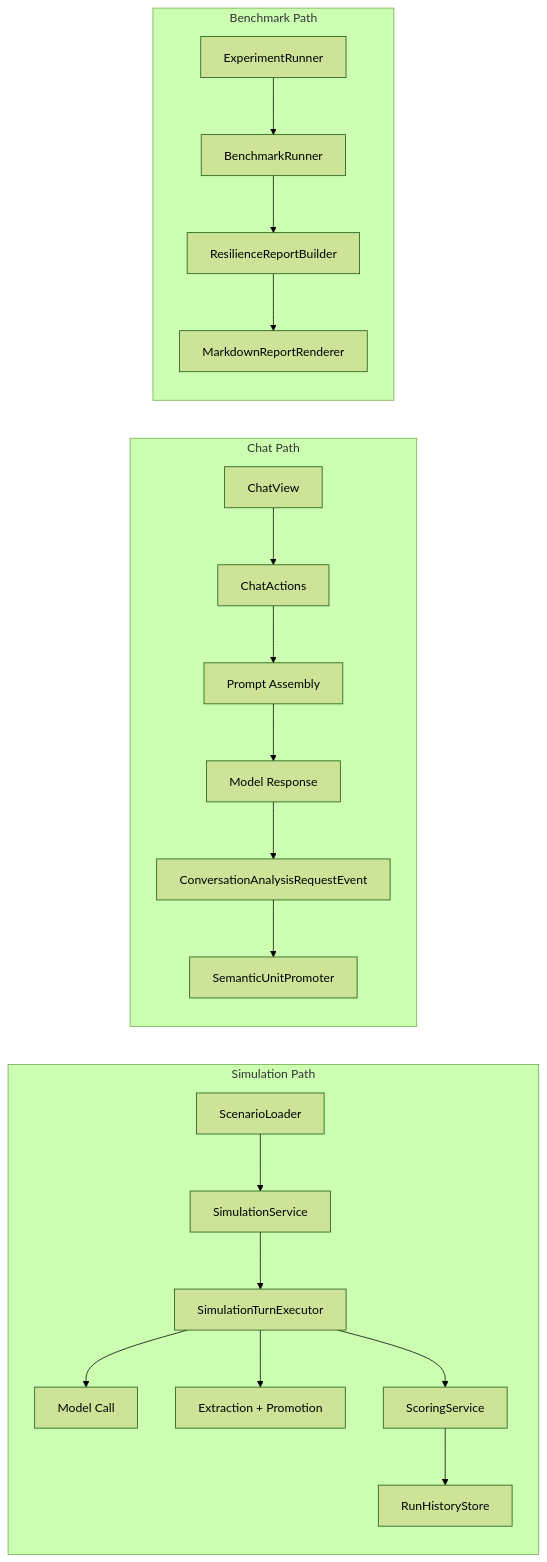
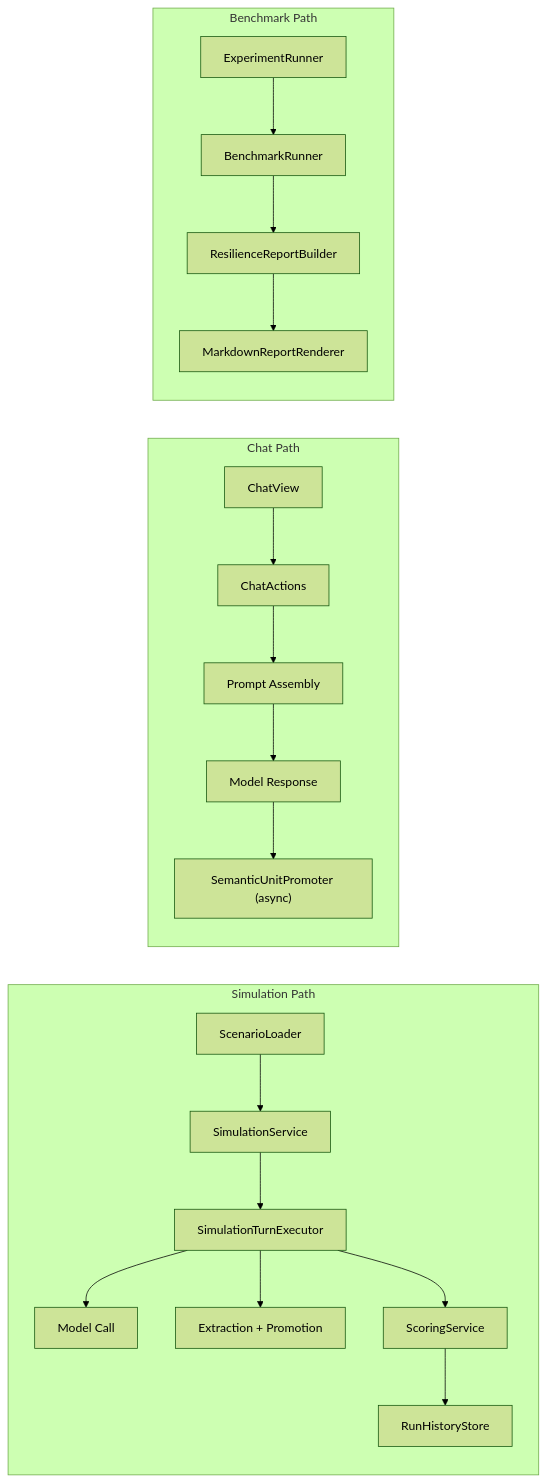
The first of 2 diagrams in docs/architecture.md (jimador/arc-mem), drawn with Mermaid (forest theme) before and after one commit. The commit also changed other lines of this file and 2 other files, not shown here.

First line of the commit message:
doc: sync docs with current architecture and methodology

````diff
--- a/docs/architecture.md
+++ b/docs/architecture.md
@@ -33,25 +37,24 @@
 ```mermaid
 flowchart LR
     subgraph Sim["Simulation Path"]
         SL["ScenarioLoader"] --> SS["SimulationService"]
         SS --> STE["SimulationTurnExecutor"]
         STE --> LLM["Model Call"]
         STE --> EXT["Extraction + Promotion"]
         STE --> SC["ScoringService"]
         SC --> RHS["RunHistoryStore"]
     end
 
     subgraph Chat["Chat Path"]
         CV["ChatView"] --> CA["ChatActions"]
         CA --> PA["Prompt Assembly"]
         PA --> CR["Model Response"]
-        CR --> EVT["ConversationAnalysisRequestEvent"]
-        EVT --> AP["SemanticUnitPromoter"]
+        CR --> AP["SemanticUnitPromoter (async)"]
     end
 
     subgraph Bench["Benchmark Path"]
         ER["ExperimentRunner"] --> BR["BenchmarkRunner"]
         BR --> RRB["ResilienceReportBuilder"]
         RRB --> MRR["MarkdownReportRenderer"]
     end
 ```
````
